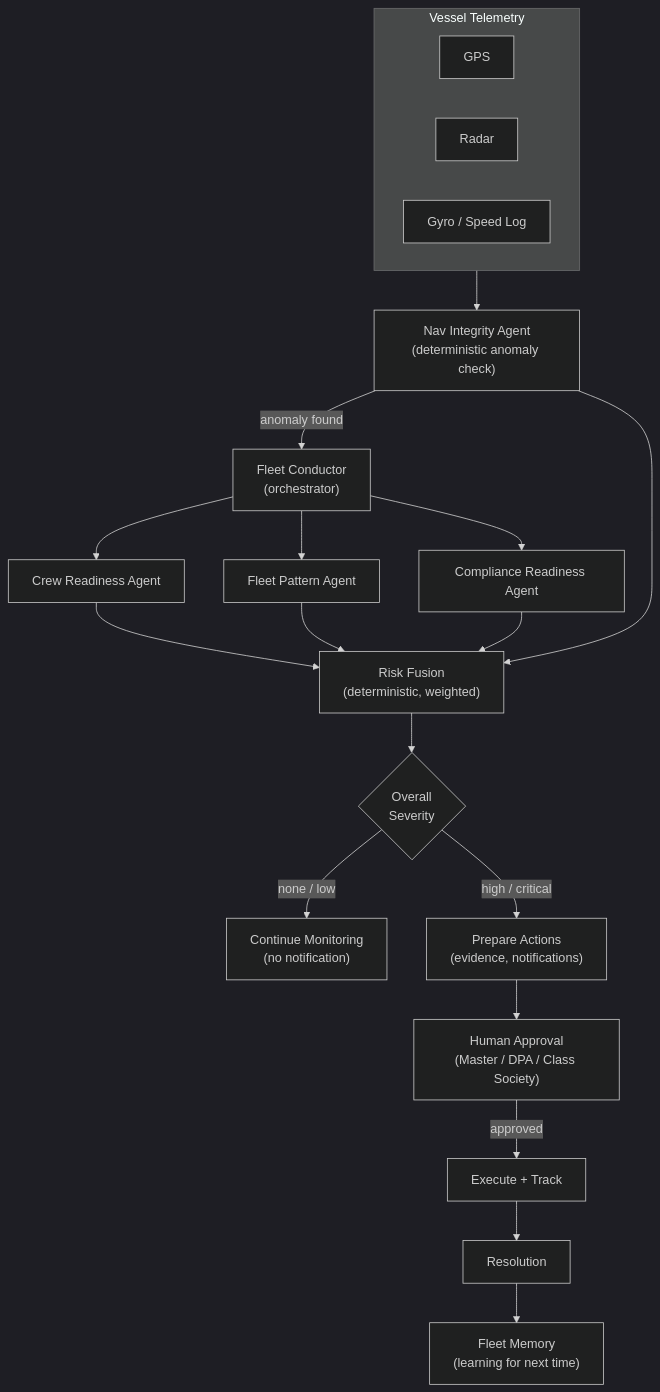
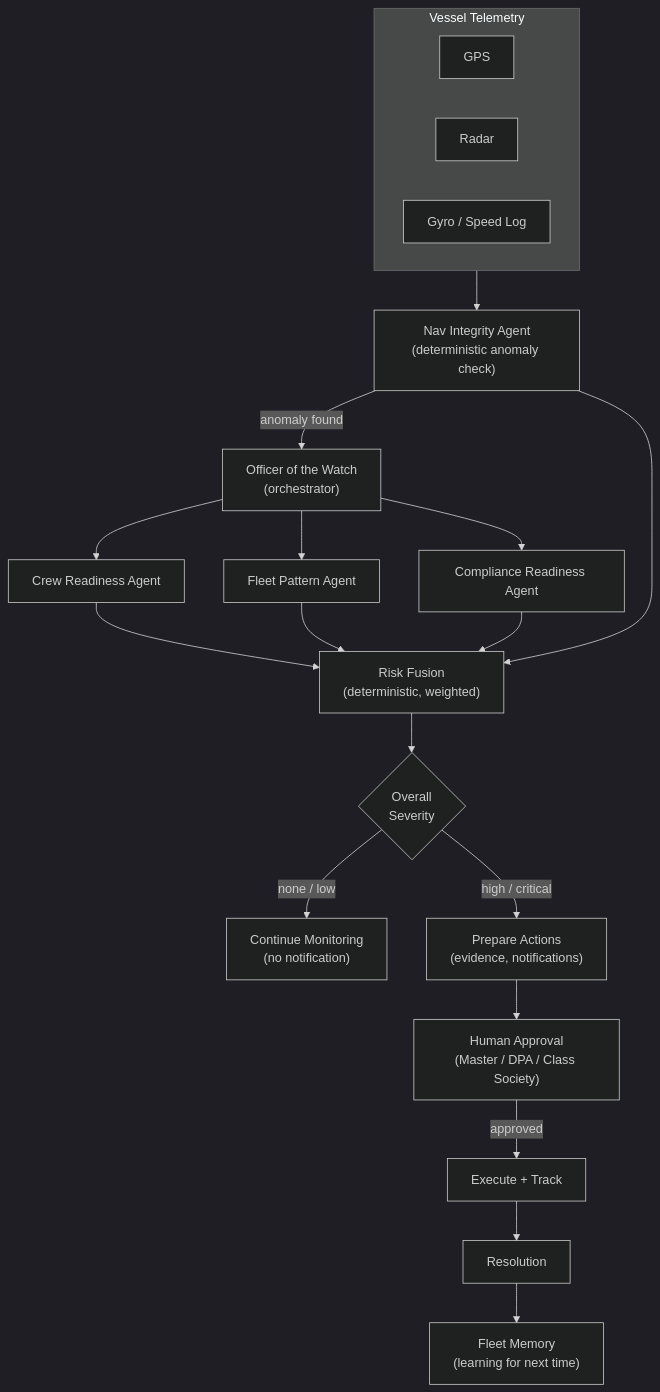
One commit to serinalapoez/Manrova changed the first of 2 diagrams in docs/architecture-overview.md. Above: the diagram before and after it, drawn with Mermaid (dark theme). The commit also changed other lines of this file and 20 other files, not shown here.

Commit message:
Rename Fleet Conductor to Officer of the Watch (OOW) across codebase, docs, and site

````diff
--- a/docs/architecture-overview.md
+++ b/docs/architecture-overview.md
@@ -3,30 +3,30 @@
 ```mermaid
 flowchart TB
     subgraph Sensors["Vessel Telemetry"]
         GPS[GPS]
         Radar[Radar]
         Gyro[Gyro / Speed Log]
     end
 
     Sensors --> NavAgent["Nav Integrity Agent<br/>(deterministic anomaly check)"]
 
-    NavAgent -->|anomaly found| Conductor["Fleet Conductor<br/>(orchestrator)"]
+    NavAgent -->|anomaly found| OOW["Officer of the Watch<br/>(orchestrator)"]
 
-    Conductor --> CrewAgent["Crew Readiness Agent"]
-    Conductor --> PatternAgent["Fleet Pattern Agent"]
-    Conductor --> ComplianceAgent["Compliance Readiness Agent"]
+    OOW --> CrewAgent["Crew Readiness Agent"]
+    OOW --> PatternAgent["Fleet Pattern Agent"]
+    OOW --> ComplianceAgent["Compliance Readiness Agent"]
 
     CrewAgent --> Fusion["Risk Fusion<br/>(deterministic, weighted)"]
     PatternAgent --> Fusion
     ComplianceAgent --> Fusion
     NavAgent --> Fusion
 
     Fusion --> Decision{Overall<br/>Severity}
     Decision -->|none / low| Monitor["Continue Monitoring<br/>(no notification)"]
     Decision -->|high / critical| ActionPlan["Prepare Actions<br/>(evidence, notifications)"]
 
     ActionPlan --> Approval["Human Approval<br/>(Master / DPA / Class Society)"]
     Approval -->|approved| Execute["Execute + Track"]
     Execute --> Resolution["Resolution"]
     Resolution --> Memory["Fleet Memory<br/>(learning for next time)"]
 ```
````
